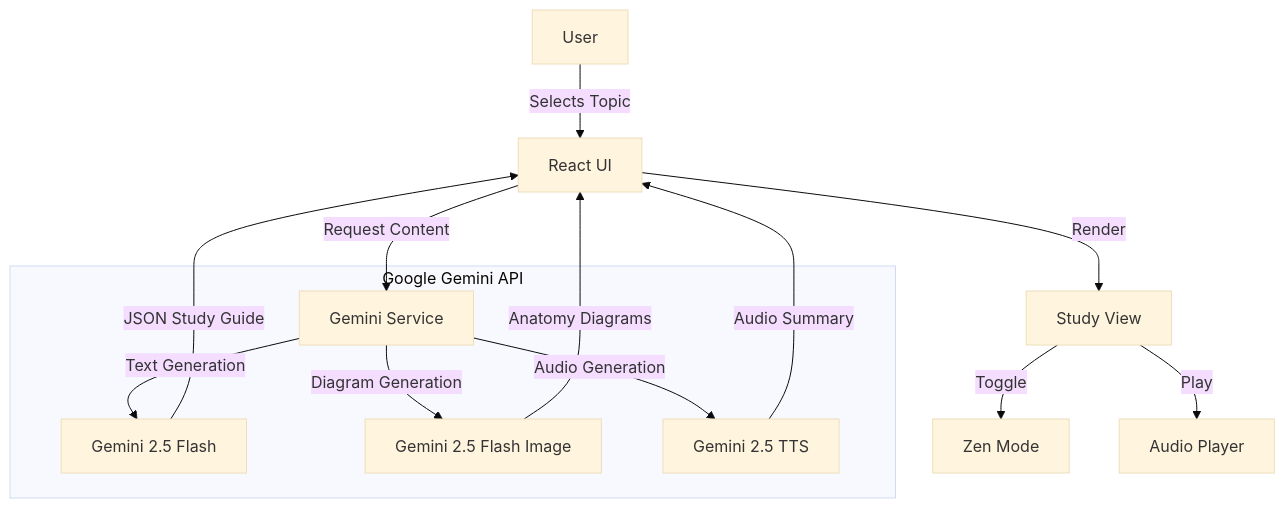
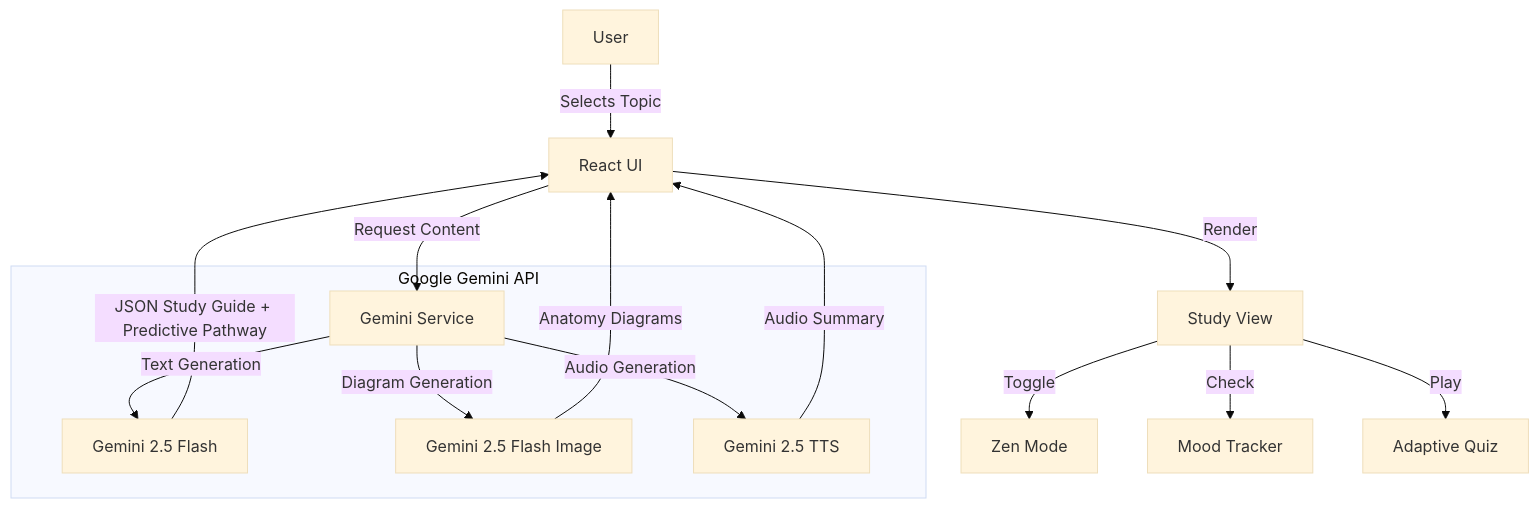
One commit to senushidinara/MedRecap-AI changed the diagram in README.md. Above: the diagram before and after it, drawn with Mermaid (base theme). The commit also changed other lines of this file and 8 other files, not shown here.

First line of the commit message:
feat: Enhance study guide with related topics and user stats

````diff
--- a/README.md
+++ b/README.md
@@ -40,19 +40,20 @@
 ```mermaid
 graph TD
     User[User] -->|Selects Topic| UI[React UI]
     UI -->|Request Content| Service[Gemini Service]
     
     subgraph "Google Gemini API"
         Service -->|Text Generation| Flash[Gemini 2.5 Flash]
         Service -->|Diagram Generation| Imagen[Gemini 2.5 Flash Image]
         Service -->|Audio Generation| TTS[Gemini 2.5 TTS]
     end
     
-    Flash -->|JSON Study Guide| UI
+    Flash -->|JSON Study Guide + Predictive Pathway| UI
     Imagen -->|Anatomy Diagrams| UI
     TTS -->|Audio Summary| UI
     
     UI -->|Render| Guide[Study View]
     Guide -->|Toggle| Zen[Zen Mode]
-    Guide -->|Play| Audio[Audio Player]
+    Guide -->|Check| Mood[Mood Tracker]
+    Guide -->|Play| Quiz[Adaptive Quiz]
 ```
````
